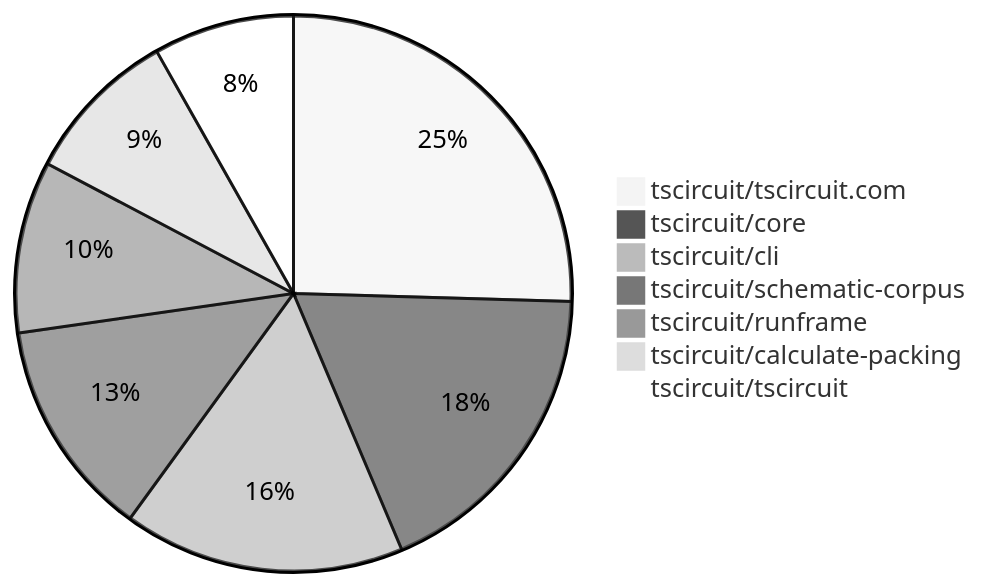
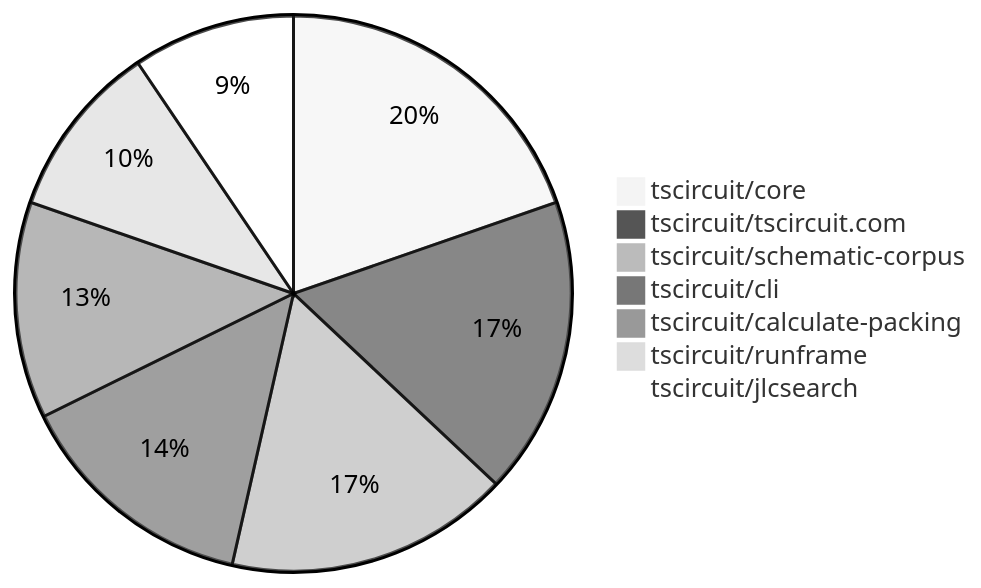
Before and after one commit to tscircuit/contribution-tracker: the second of 2 diagrams in README.md, drawn with Mermaid (neutral theme). The commit also changed other lines of this file and 3 other files, not shown here.

````diff
--- a/README.md
+++ b/README.md
@@ -109,10 +110,10 @@
 ```mermaid
 pie
-    "tscircuit/tscircuit.com" : 28
-    "tscircuit/core" : 20
+    "tscircuit/core" : 25
+    "tscircuit/tscircuit.com" : 22
+    "tscircuit/schematic-corpus" : 21
     "tscircuit/cli" : 18
-    "tscircuit/schematic-corpus" : 14
-    "tscircuit/runframe" : 11
-    "tscircuit/calculate-packing" : 10
-    "tscircuit/tscircuit" : 9
+    "tscircuit/calculate-packing" : 16
+    "tscircuit/runframe" : 13
+    "tscircuit/jlcsearch" : 12
 ```
````
